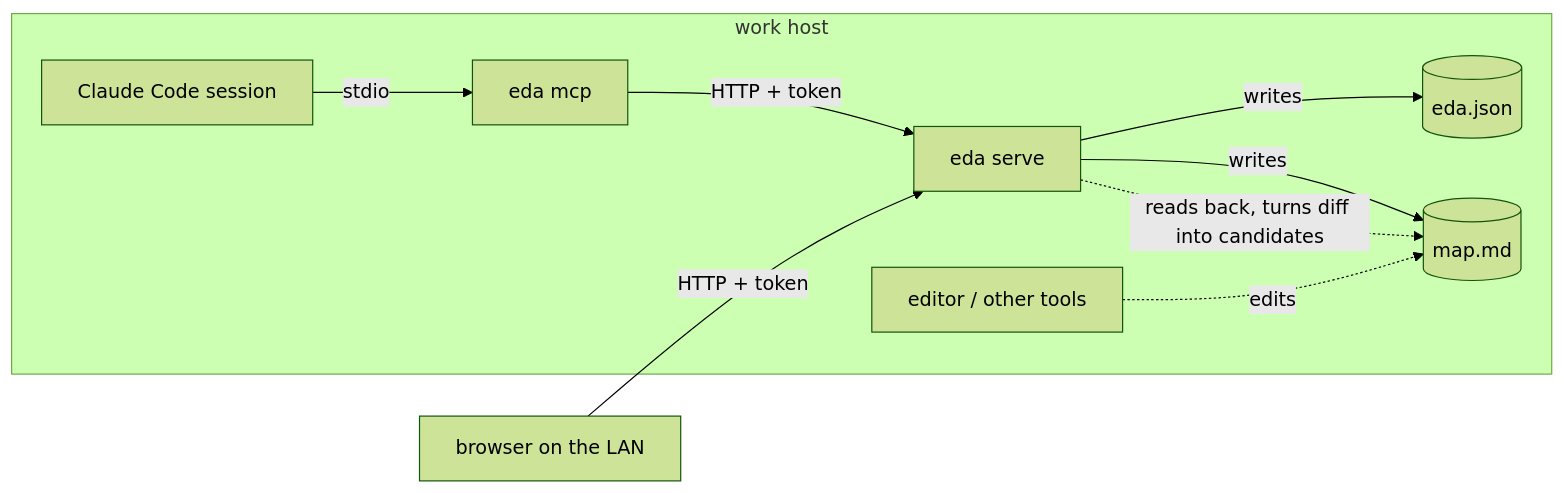
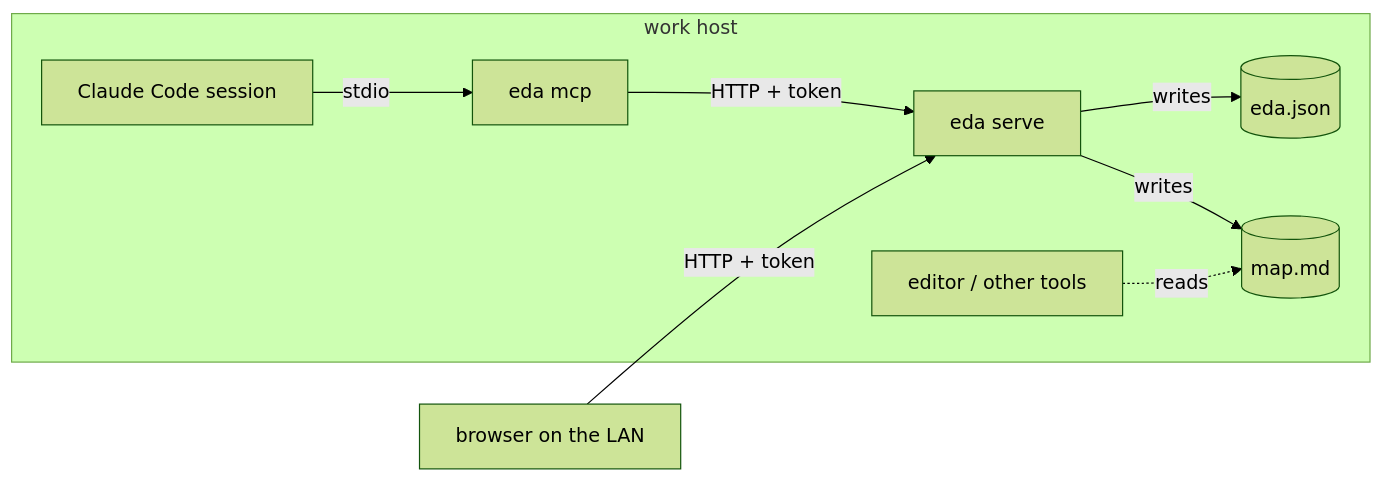
One commit to TakashiAihara/eda changed the first of 2 diagrams in docs/design/0001-v1.md. Above: the diagram before and after it, drawn with Mermaid (forest theme). The commit also changed other lines of this file and 10 other files, not shown here.

````diff
--- a/docs/design/0001-v1.md
+++ b/docs/design/0001-v1.md
@@ -19,12 +19,11 @@
 ```mermaid
 flowchart LR
   subgraph host[work host]
     CC[Claude Code session] -- stdio --> MCP[eda mcp]
     MCP -- HTTP + token --> S[eda serve]
     S -- writes --> J[(eda.json)]
     S -- writes --> M[(map.md)]
-    ED[editor / other tools] -. edits .-> M
-    S -. reads back, turns diff into candidates .-> M
+    ED[editor / other tools] -. reads .-> M
   end
   B[browser on the LAN] -- HTTP + token --> S
 ```
````
